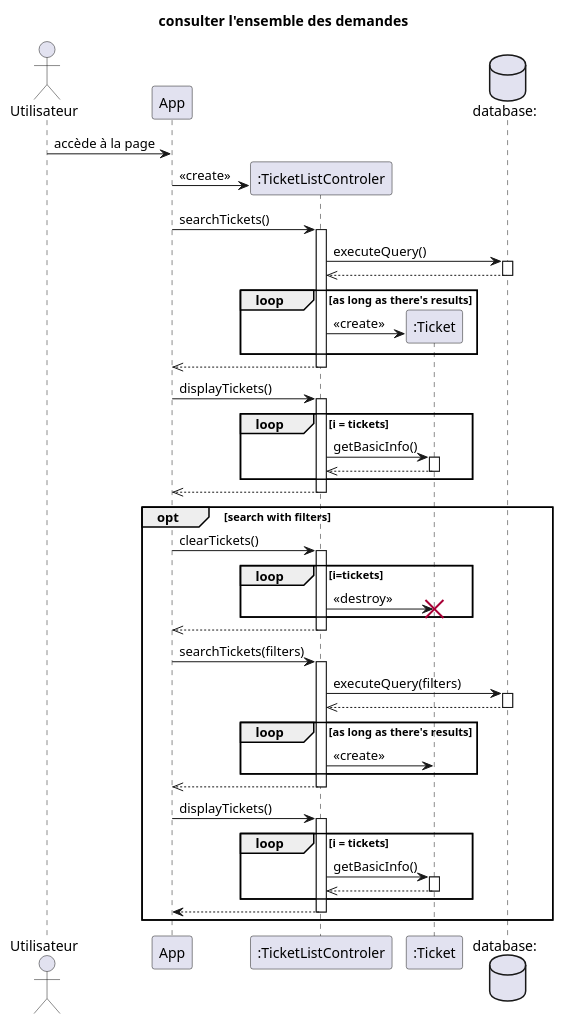
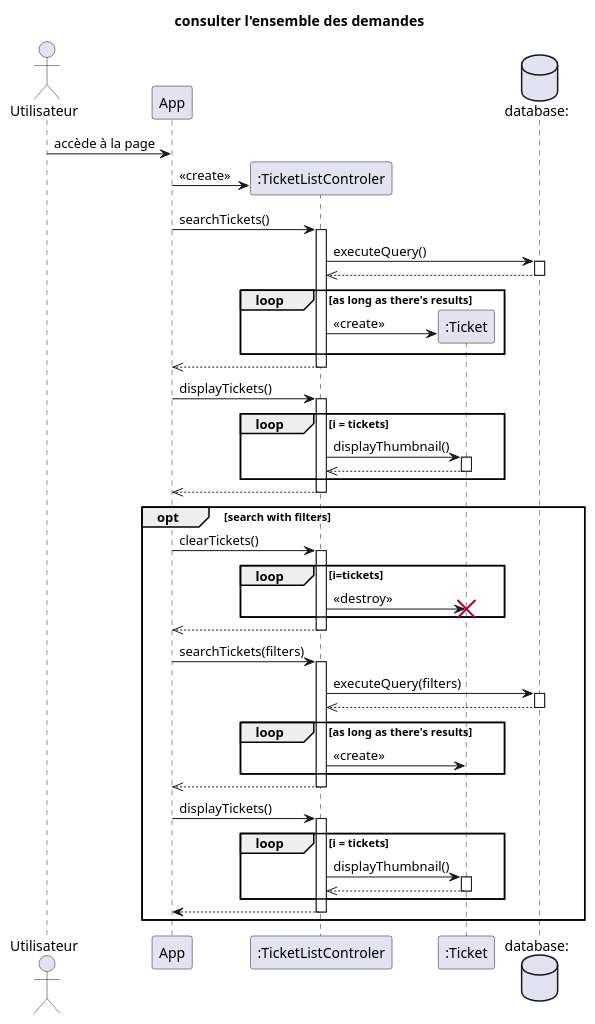
One commit to dorianleveque/CoHub changed the diagram in docs/UML/diagrammes séquence/consulter l'ensemble des demandes.puml. Above: the diagram before and after it, drawn with PlantUML. The commit also changed 1 other file, not shown here.

```diff
--- a/docs/UML/diagrammes séquence/consulter l'ensemble des demandes.puml
+++ b/docs/UML/diagrammes séquence/consulter l'ensemble des demandes.puml
@@ -1,78 +1,78 @@
 @startuml consulter l'ensemble des demandes
 title consulter l'ensemble des demandes
 
 actor client as "Utilisateur" order 1 
 participant app as "App" order 2 
 database bdd as "database:"  order 5
 
 client -> app :accède à la page 
 create tlc as ":TicketListControler" order 3
 app -> tlc : <<create>>
 
 app -> tlc : searchTickets() 
 activate tlc
 tlc -> bdd : executeQuery()
 activate bdd
 tlc <<-- bdd
 deactivate bdd
 
 loop as long as there's results
     create ticket as ":Ticket" order 4
     tlc -> ticket : <<create>>
 end
 app <<-- tlc
 deactivate tlc
 
 app -> tlc : displayTickets()
 activate tlc
 
 loop i = tickets
-tlc -> ticket : getBasicInfo()
+tlc -> ticket : displayThumbnail()
 activate ticket
 tlc <<-- ticket: 
 deactivate ticket
 end
 
 
 app <<-- tlc
 deactivate tlc
 
 opt search with filters
     app -> tlc: clearTickets()
     activate tlc
     loop i=tickets
         tlc -> ticket: <<destroy>>
         destroy ticket
     end
     app <<-- tlc
     deactivate tlc
 
     app -> tlc : searchTickets(filters) 
     activate tlc
     tlc -> bdd : executeQuery(filters)
     activate bdd
     tlc <<-- bdd
     deactivate bdd
 
     loop as long as there's results
         tlc -> ticket : <<create>> 
         create ticket as ":Ticket" order 4
     end
     app <<-- tlc
     deactivate tlc
 
     app -> tlc : displayTickets()
     activate tlc
     loop i = tickets
-        tlc -> ticket : getBasicInfo()
+        tlc -> ticket : displayThumbnail()
         activate ticket
         tlc <<-- ticket: 
         deactivate ticket
     end
     
     app <-- tlc
     deactivate tlc
 end
 
 
 @enduml
```
